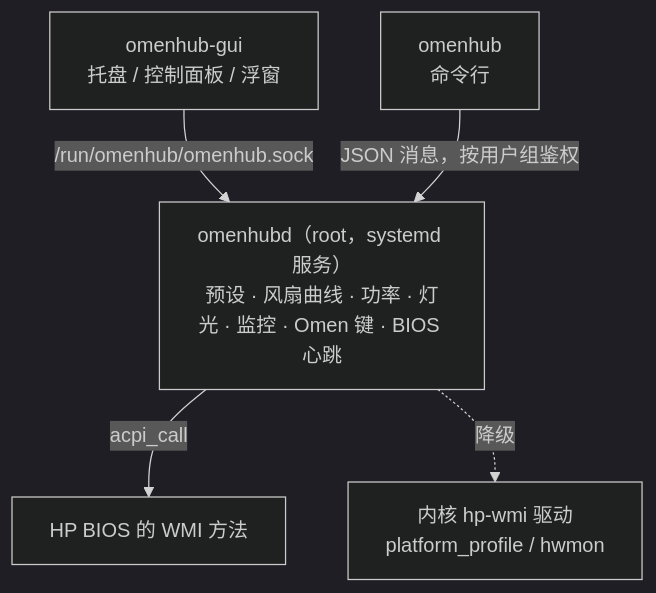
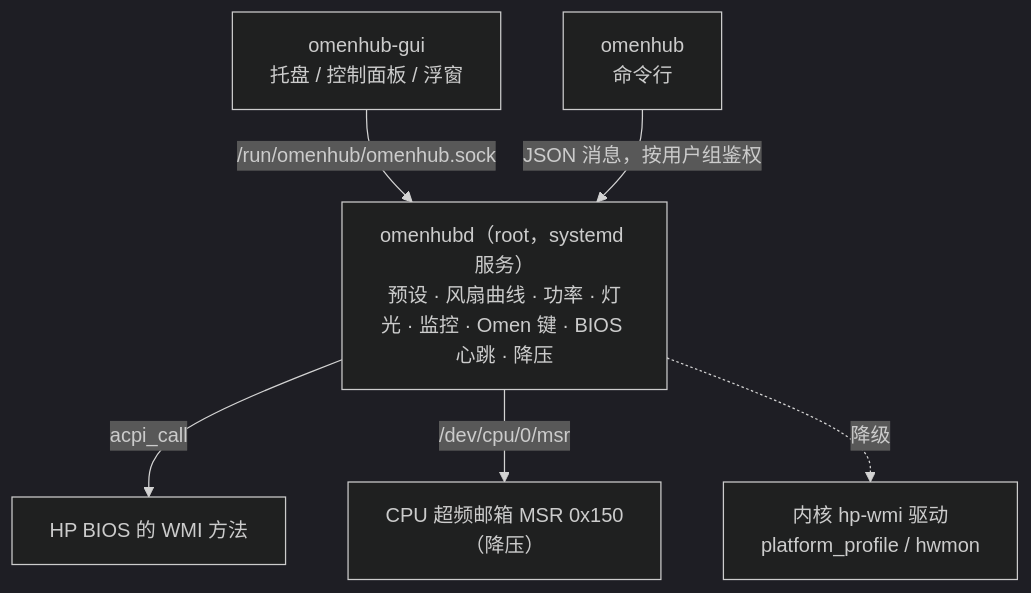
Before and after one commit to ttwang2353666-cell/1: the diagram in README.md, drawn with Mermaid (dark theme). The commit also changed other lines of this file and 15 other files, not shown here.

````diff
--- a/README.md
+++ b/README.md
@@ -46,8 +47,9 @@
 ```mermaid
 flowchart TB
     gui["omenhub-gui<br/>托盘 / 控制面板 / 浮窗"] -->|"/run/omenhub/omenhub.sock"| d
     cli["omenhub<br/>命令行"] -->|"JSON 消息，按用户组鉴权"| d
-    d["omenhubd（root，systemd 服务）<br/>预设 · 风扇曲线 · 功率 · 灯光 · 监控 · Omen 键 · BIOS 心跳"]
+    d["omenhubd（root，systemd 服务）<br/>预设 · 风扇曲线 · 功率 · 灯光 · 监控 · Omen 键 · BIOS 心跳 · 降压"]
     d -->|"acpi_call"| bios["HP BIOS 的 WMI 方法"]
+    d -->|"/dev/cpu/0/msr"| msr["CPU 超频邮箱 MSR 0x150<br/>（降压）"]
     d -.->|"降级"| hpwmi["内核 hp-wmi 驱动<br/>platform_profile / hwmon"]
 ```
````
